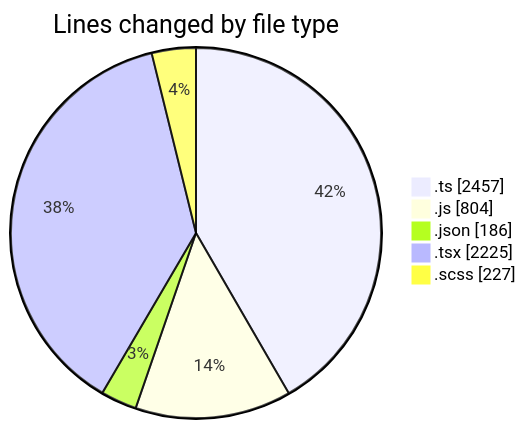
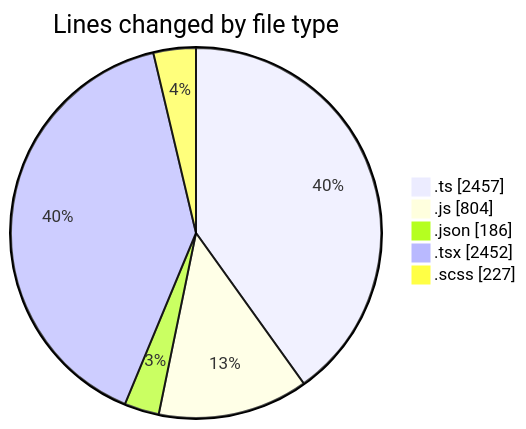
The first of 2 diagrams in 2026-06-18/cda/README.md (momahboobian/code-tracking), drawn with Mermaid before and after one commit. The commit also changed other lines of this file and 1 other file, not shown here.

````diff
--- a/2026-06-18/cda/README.md
+++ b/2026-06-18/cda/README.md
@@ -51,9 +52,9 @@
 ```mermaid
 pie showData
 title Lines changed by file type
 ".ts" : 2457
 ".js" : 804
 ".json" : 186
-".tsx" : 2225
+".tsx" : 2452
 ".scss" : 227
 ```
````
